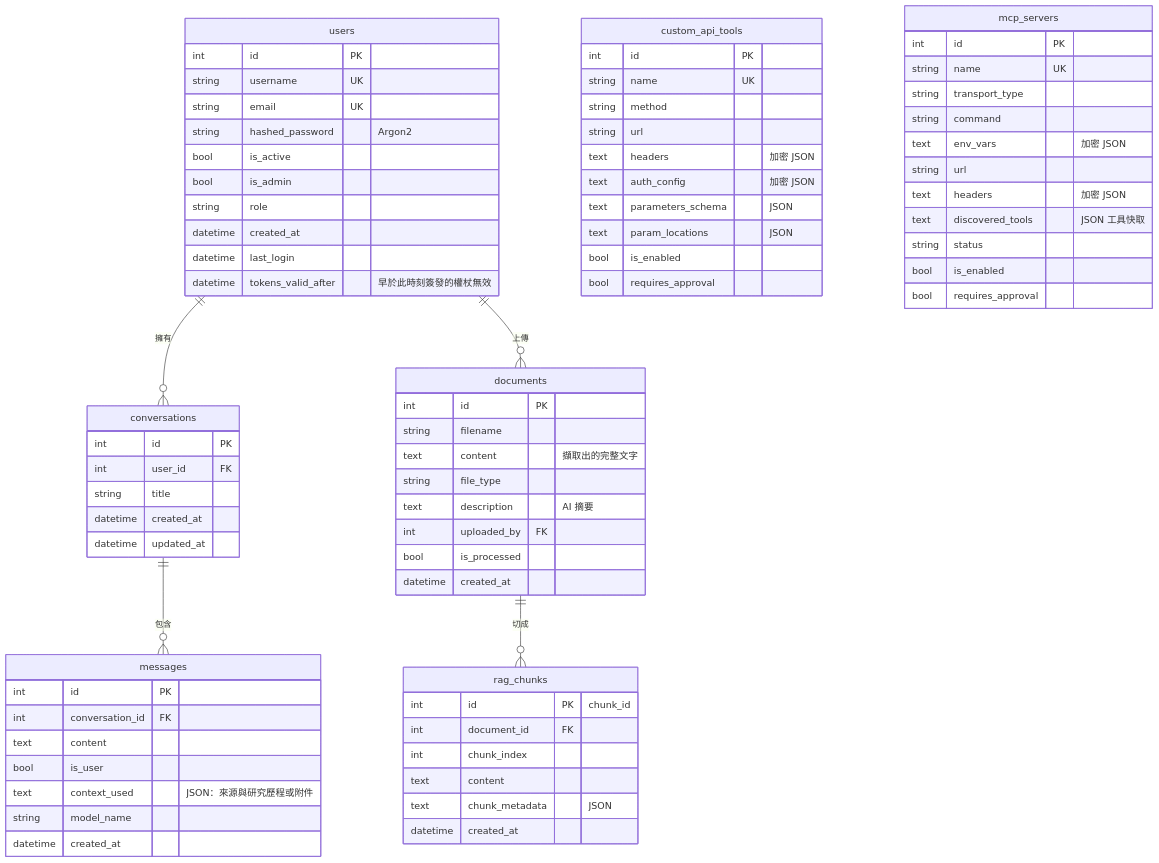
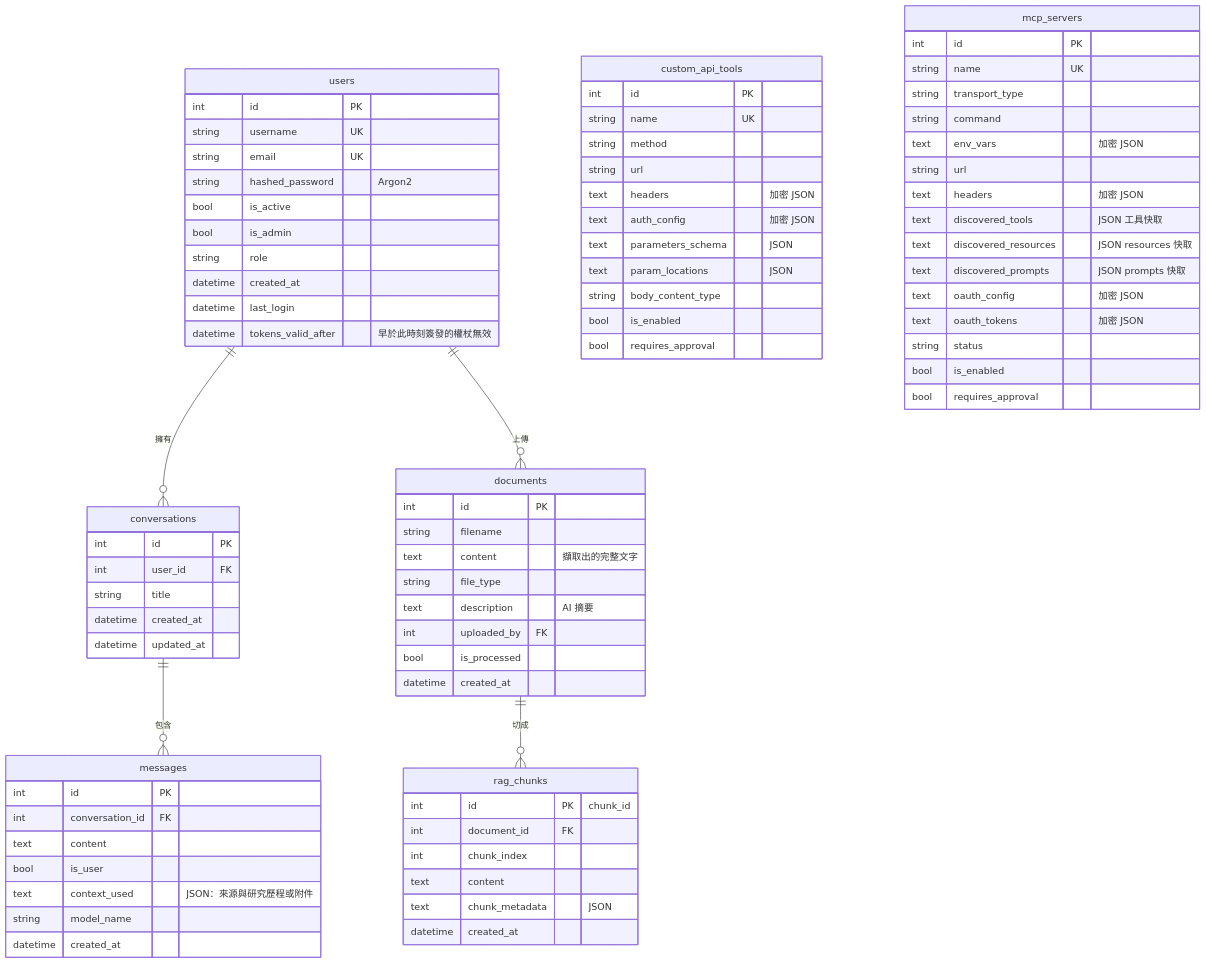
Before and after one commit to Scorpio-meow/AskMiao: the third of 9 diagrams in docs/architecture.md, drawn with Mermaid. The commit also changed other lines of this file and 50 other files, not shown here.

```diff
--- a/docs/architecture.md
+++ b/docs/architecture.md
@@ -201,6 +201,7 @@
         text auth_config "加密 JSON"
         text parameters_schema "JSON"
         text param_locations "JSON"
+        string body_content_type
         bool is_enabled
         bool requires_approval
     }
@@ -213,6 +214,10 @@
         string url
         text headers "加密 JSON"
         text discovered_tools "JSON 工具快取"
+        text discovered_resources "JSON resources 快取"
+        text discovered_prompts "JSON prompts 快取"
+        text oauth_config "加密 JSON"
+        text oauth_tokens "加密 JSON"
         string status
         bool is_enabled
         bool requires_approval
```
